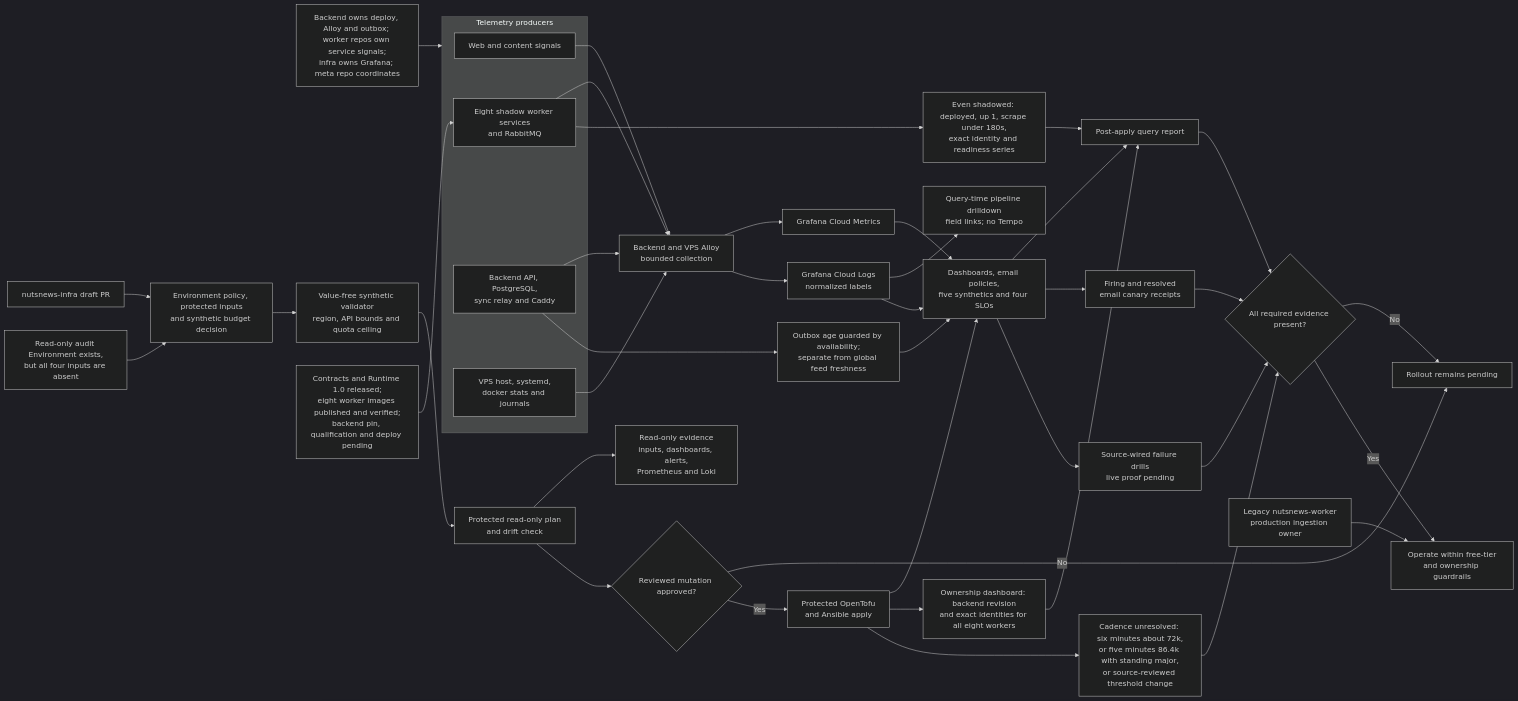
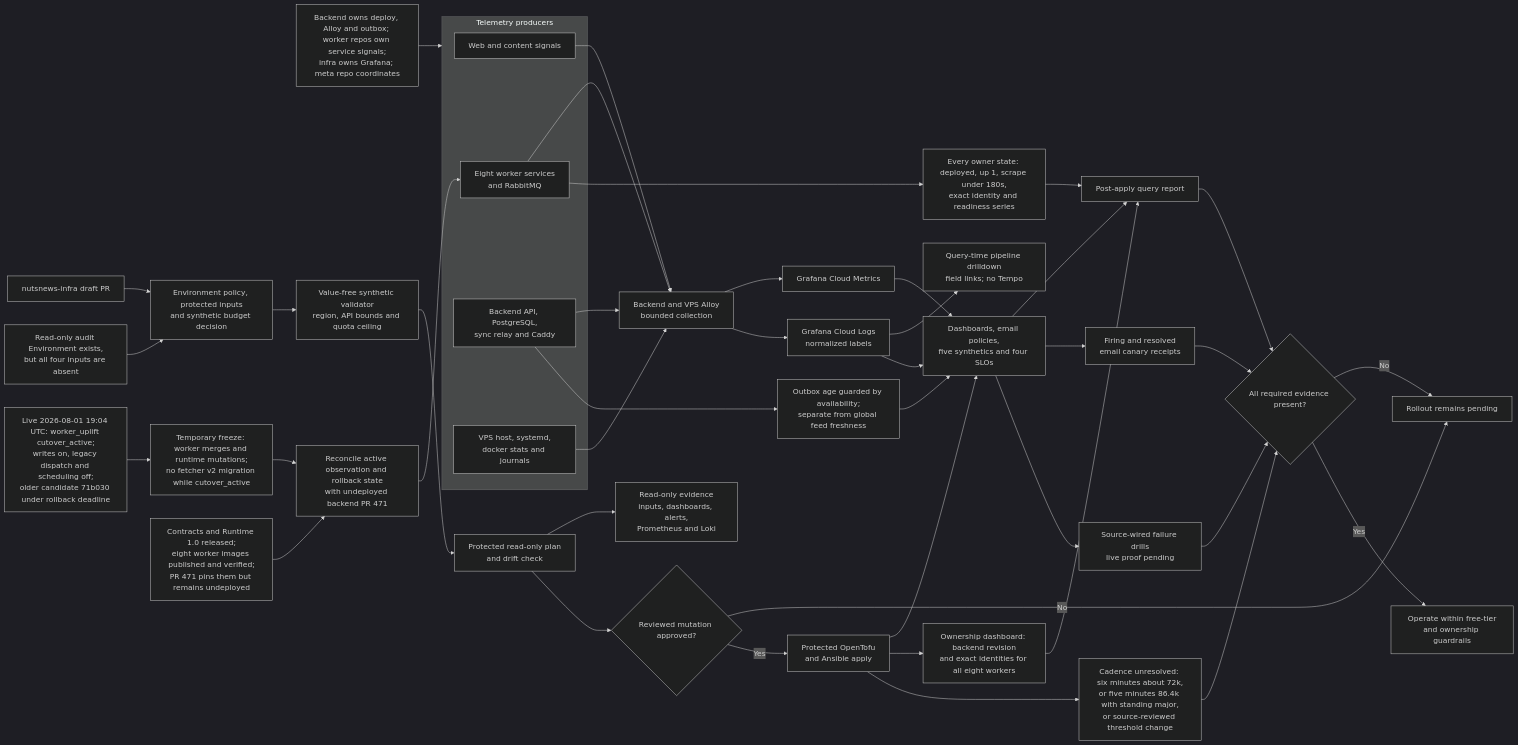
Before and after one commit to ramideltoro/nutsnews-docs: the diagram in diagrams/NUTSNEWS_GRAFANA_CLOUD_OBSERVABILITY.mmd, drawn with Mermaid (dark theme). The commit also changed 24 other files, not shown here.

Commit message:
docs: record live worker cutover constraints

```diff
--- a/diagrams/NUTSNEWS_GRAFANA_CLOUD_OBSERVABILITY.mmd
+++ b/diagrams/NUTSNEWS_GRAFANA_CLOUD_OBSERVABILITY.mmd
@@ -1,50 +1,52 @@
 flowchart LR
   accTitle: NutsNews Grafana Cloud observability hardening
   accDescr {
     Draft application, worker, backend, and VPS sources prepare bounded metrics and normalized
     logs. Protected inputs, Environment policy, the synthetic cadence choice, GitOps apply, and
     retained live evidence are all still required before the rollout is complete.
   }
   subgraph Producers["Telemetry producers"]
     Web["Web and content signals"]
-    Workers["Eight shadow worker services\nand RabbitMQ"]
+    Workers["Eight worker services\nand RabbitMQ"]
     Backend["Backend API, PostgreSQL,\nsync relay and Caddy"]
     VPS["VPS host, systemd,\ndocker stats and journals"]
   end
   Source["Backend owns deploy, Alloy and outbox; worker repos own service signals;\ninfra owns Grafana; meta repo coordinates"] --> Producers
   Web --> Alloy["Backend and VPS Alloy\nbounded collection"]
   Workers --> Alloy
   Backend --> Alloy
   VPS --> Alloy
   Alloy --> Metrics["Grafana Cloud Metrics"]
   Alloy --> Logs["Grafana Cloud Logs\nnormalized labels"]
   Logs --> Drilldown["Query-time pipeline drilldown\nfield links; no Tempo"]
   Infra["nutsnews-infra draft PR"] --> Prereq["Environment policy, protected inputs\nand synthetic budget decision"]
   Prereq --> Validator["Value-free synthetic validator\nregion, API bounds and quota ceiling"]
   Validator --> Plan["Protected read-only plan\nand drift check"]
   Plan --> PlanEvidence["Read-only evidence\ninputs, dashboards, alerts,\nPrometheus and Loki"]
   Plan --> Review{"Reviewed mutation approved?"}
   Review -->|"No"| Pending
   Review -->|"Yes"| Apply["Protected OpenTofu\nand Ansible apply"]
   Apply --> Grafana["Dashboards, email policies,\nfive synthetics and four SLOs"]
   Apply --> Ownership["Ownership dashboard: backend revision\nand exact identities for all eight workers"]
   Apply --> Capacity["Cadence unresolved: six minutes about 72k,\nor five minutes 86.4k with standing major,\nor source-reviewed threshold change"]
   Metrics --> Grafana
   Logs --> Grafana
   Grafana --> Evidence["Post-apply query report"]
   Grafana --> Canary["Firing and resolved\nemail canary receipts"]
   Grafana --> Drills["Source-wired failure drills\nlive proof pending"]
-  Workers --> Structural["Even shadowed: deployed, up 1, scrape under 180s,\nexact identity and readiness series"]
+  Workers --> Structural["Every owner state: deployed, up 1, scrape under 180s,\nexact identity and readiness series"]
   Structural --> Evidence
   Backend --> Pressure["Outbox age guarded by availability;\nseparate from global feed freshness"]
   Pressure --> Grafana
   Ownership --> Evidence
   Evidence --> Ready{"All required evidence present?"}
   Canary --> Ready
   Drills --> Ready
   Capacity --> Ready
   Ready -->|"No"| Pending["Rollout remains pending"]
   Ready -->|"Yes"| Operate["Operate within free-tier\nand ownership guardrails"]
-  Legacy["Legacy nutsnews-worker\nproduction ingestion owner"] --> Operate
-  Packages["Contracts and Runtime 1.0 released;\neight worker images published and verified;\nbackend pin, qualification and deploy pending"] --> Workers
+  Live["Live 2026-08-01 19:04 UTC: worker_uplift cutover_active;\nwrites on, legacy dispatch and scheduling off;\nolder candidate 71b030 under rollback deadline"] --> Freeze["Temporary freeze: worker merges and runtime mutations;\nno fetcher v2 migration while cutover_active"]
+  Freeze --> Reconcile["Reconcile active observation and rollback state\nwith undeployed backend PR 471"]
+  Reconcile --> Workers
+  Packages["Contracts and Runtime 1.0 released;\neight worker images published and verified;\nPR 471 pins them but remains undeployed"] --> Reconcile
   Readonly["Read-only audit Environment exists,\nbut all four inputs are absent"] --> Prereq
```
